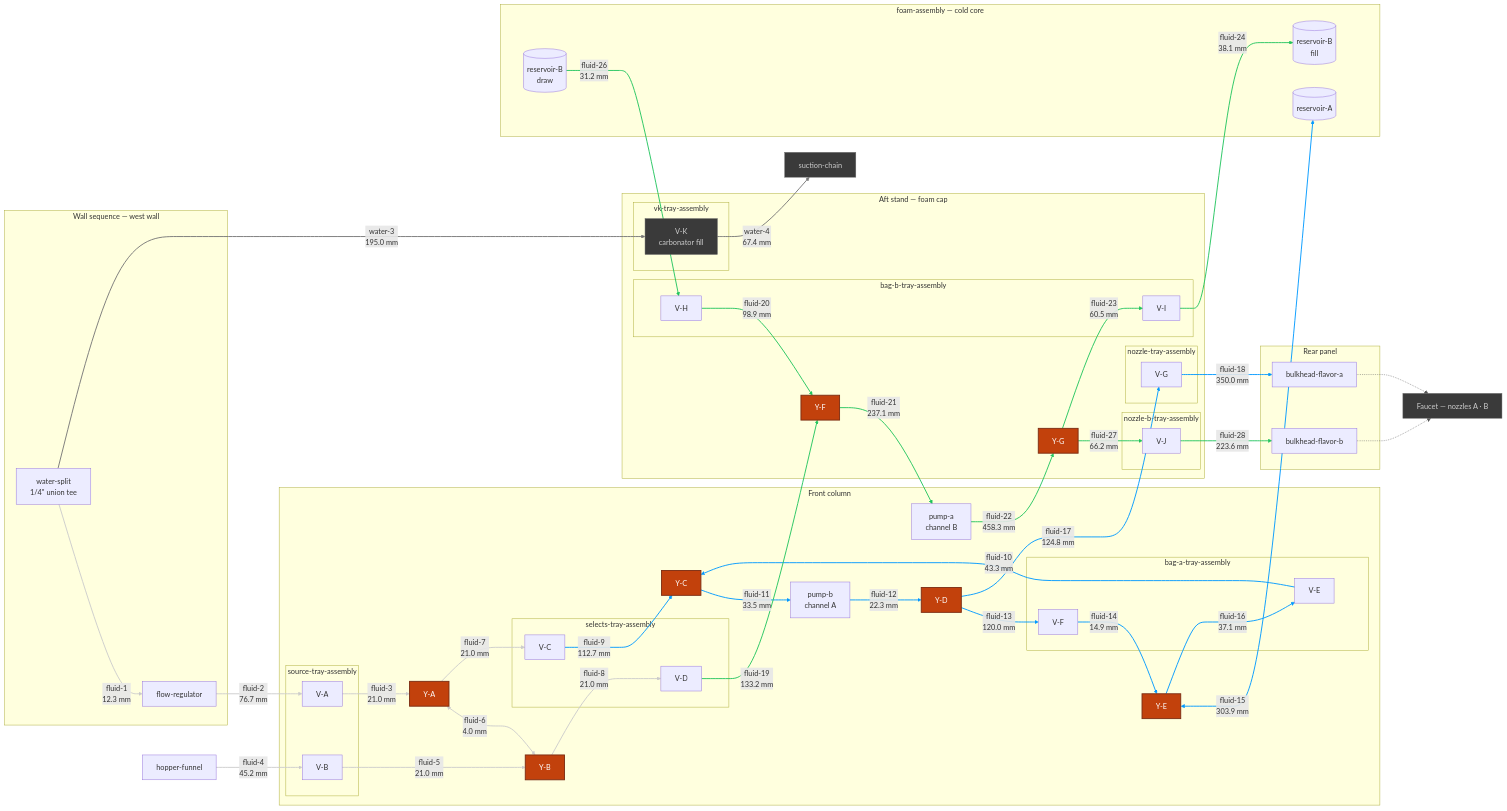
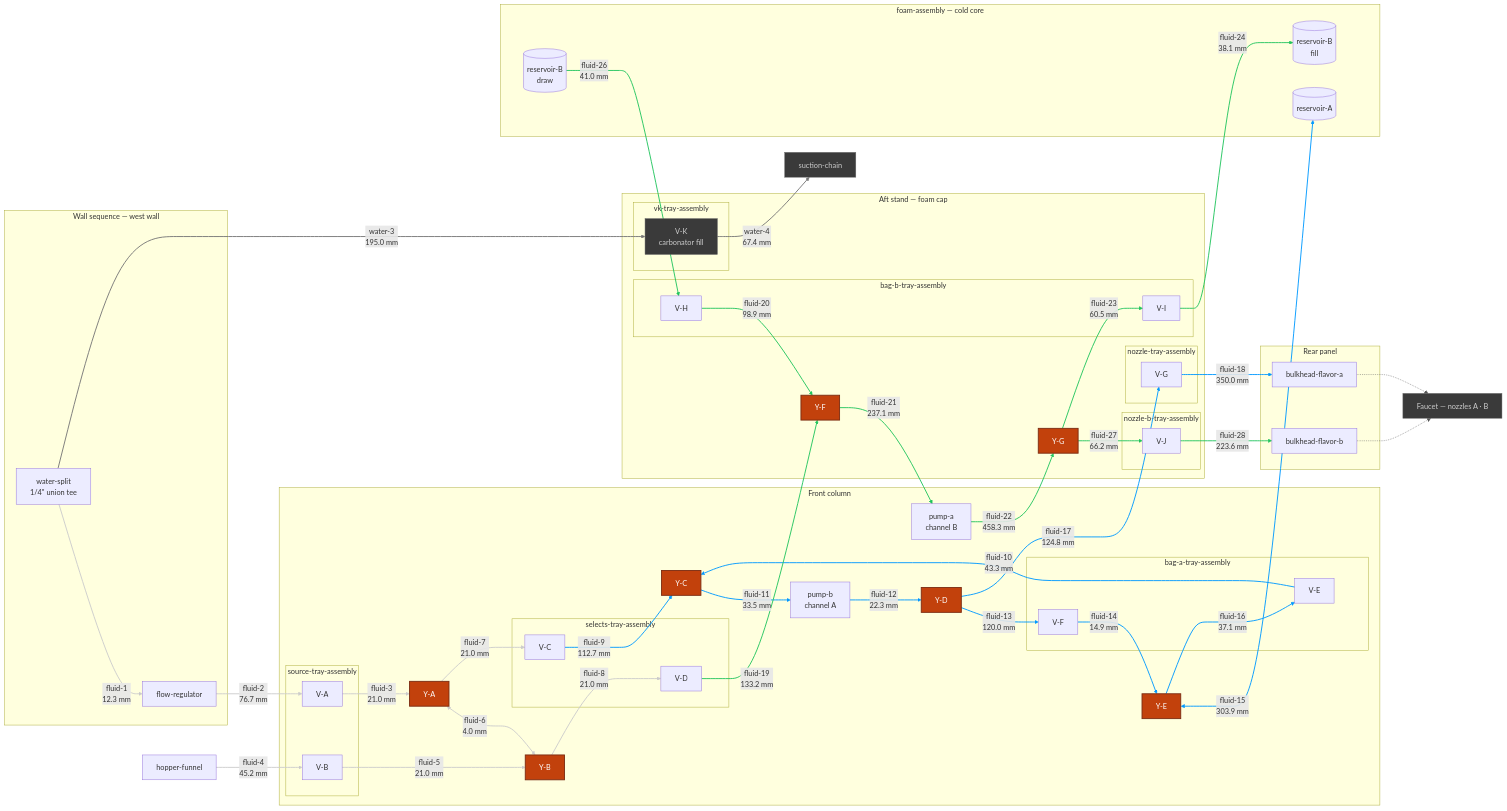
One commit to derekbreden/homesodamachine changed the diagram in hardware/topology/fluid-topology-manifold.mmd. Above: the diagram before and after it, drawn with Mermaid.

Commit message:
topology: the manifold chart carried fluid-26's old length, so IT NOW READS THE 41 mm LEG the run is

```diff
--- a/hardware/topology/fluid-topology-manifold.mmd
+++ b/hardware/topology/fluid-topology-manifold.mmd
@@ -10,7 +10,7 @@
   %% `_fluid_topology_sync.py` writes every number below and gates every edge against
   %% the built run — an edge whose two ends are not that run's two ends fails the gate.
 
-  %% The 28 flavor segments come to [2731.7 mm](FLUID_TOTAL) of 1/4" LLDPE, over
+  %% The 28 flavor segments come to [2741.5 mm](FLUID_TOTAL) of 1/4" LLDPE, over
   %% [68](FLUID_BENDS) bends. The longest is [fluid-22](LONGEST_ID) at
   %% [458.3 mm](LONGEST_LEN); the shortest is [fluid-6](SHORTEST_ID) at
   %% [4.0 mm](SHORTEST_LEN).
@@ -173,7 +173,7 @@
   PA -->|"fluid-22<br/>458.3 mm"| YG
   YG -->|"fluid-23<br/>60.5 mm"| VI
   VI -->|"fluid-24<br/>38.1 mm"| ResBFill
-  ResB -->|"fluid-26<br/>31.2 mm"| VH
+  ResB -->|"fluid-26<br/>41.0 mm"| VH
   YG -->|"fluid-27<br/>66.2 mm"| VJ
   VJ -->|"fluid-28<br/>223.6 mm"| BhB
 
```
